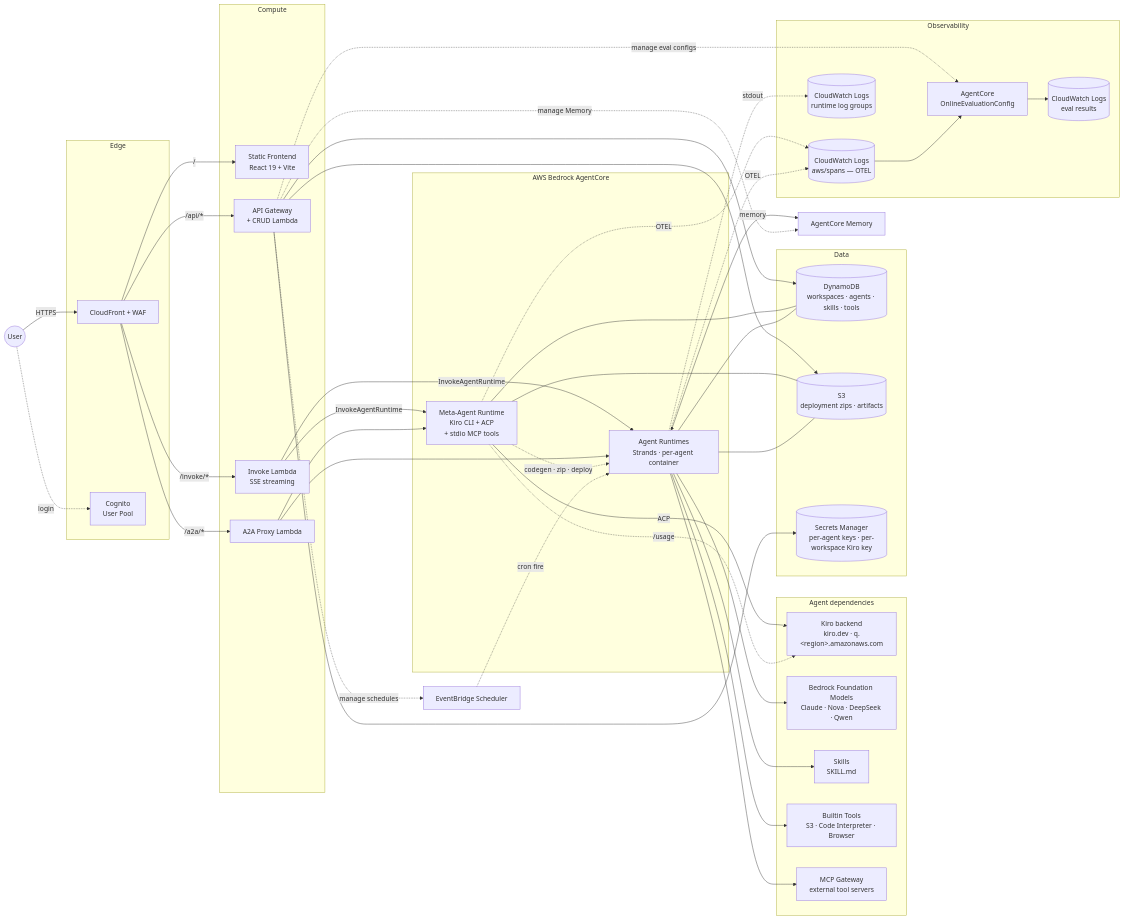
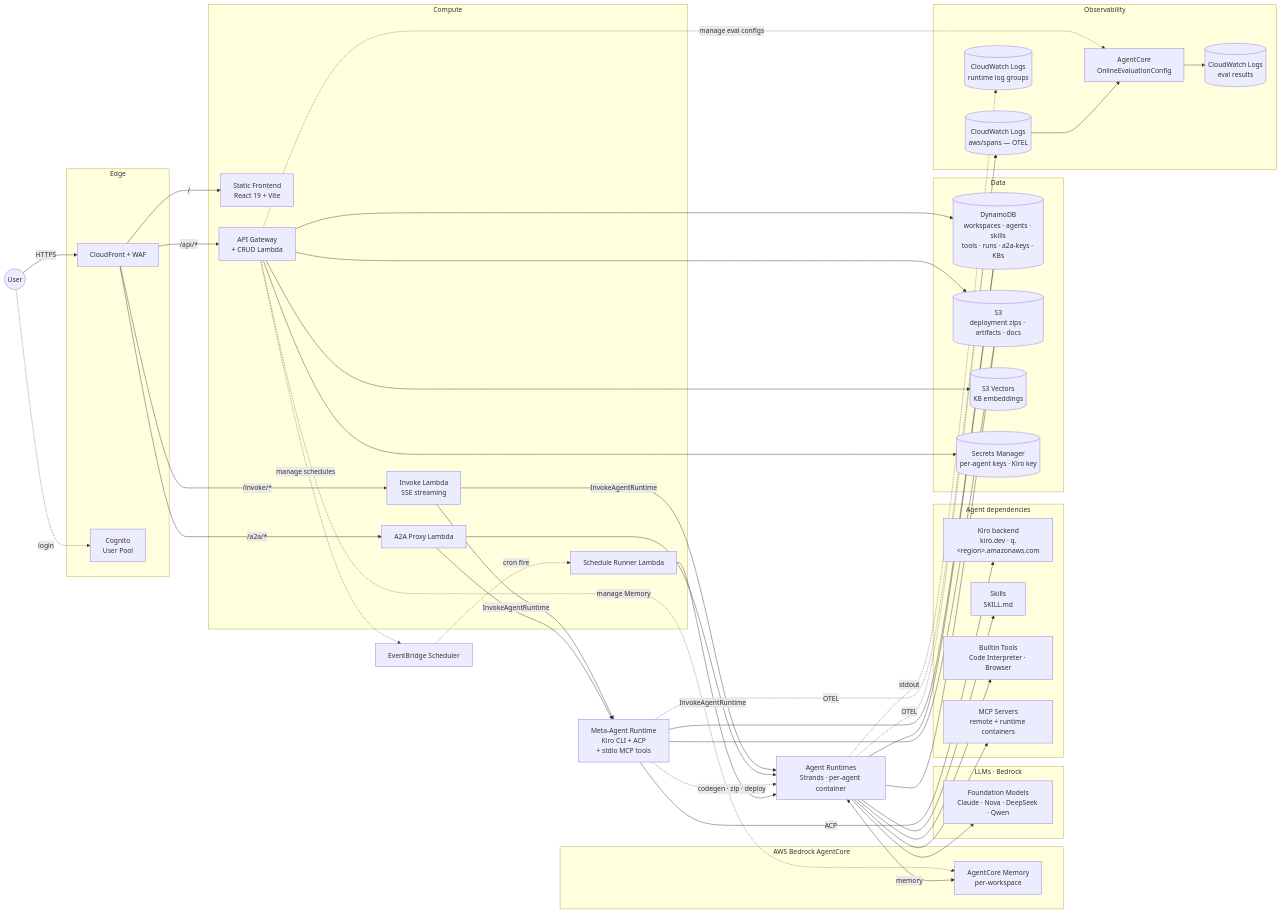
Before and after one commit to ddpie/agent-studio: the second of 2 diagrams in docs/architecture.md, drawn with Mermaid. The commit also changed other lines of this file, not shown here.

First line of the commit message:
docs(arch): rewrite architecture.md with full system audit

```diff
--- a/docs/architecture.md
+++ b/docs/architecture.md
@@ -270,25 +506,31 @@
         API[API Gateway<br/>+ CRUD Lambda]
         Invoke[Invoke Lambda<br/>SSE streaming]
         A2A[A2A Proxy Lambda]
+        SchedRunner[Schedule Runner Lambda]
     end
 
     subgraph AgentCore["AWS Bedrock AgentCore"]
         Meta[Meta-Agent Runtime<br/>Kiro CLI + ACP<br/>+ stdio MCP tools]
         Agents[Agent Runtimes<br/>Strands · per-agent container]
+        Memory[AgentCore Memory<br/>per-workspace]
+    end
+
+    subgraph LLMs["LLMs · Bedrock"]
+        Bedrock[Foundation Models<br/>Claude · Nova · DeepSeek · Qwen]
     end
 
     subgraph Outbound["Agent dependencies"]
         Kiro[Kiro backend<br/>kiro.dev · q.&lt;region&gt;.amazonaws.com]
-        Bedrock[Bedrock Foundation Models<br/>Claude · Nova · DeepSeek · Qwen]
         Skills[Skills<br/>SKILL.md]
-        Tools[Builtin Tools<br/>S3 · Code Interpreter · Browser]
-        MCP[MCP Gateway<br/>external tool servers]
+        Tools[Builtin Tools<br/>Code Interpreter · Browser]
+        MCP[MCP Servers<br/>remote + runtime containers]
     end
 
     subgraph Data
-        DDB[(DynamoDB<br/>workspaces · agents · skills · tools)]
-        S3[(S3<br/>deployment zips · artifacts)]
-        Secrets[(Secrets Manager<br/>per-agent keys · per-workspace Kiro key)]
+        DDB[(DynamoDB<br/>workspaces · agents · skills<br/>tools · runs · a2a-keys · KBs)]
+        S3[(S3<br/>deployment zips · artifacts · docs)]
+        S3V[(S3 Vectors<br/>KB embeddings)]
+        Secrets[(Secrets Manager<br/>per-agent keys · Kiro key)]
     end
 
     subgraph Observability
@@ -310,8 +552,10 @@
     API --> DDB
     API --> S3
     API --> Secrets
+    API --> S3V
     API -.manage schedules.-> EB
     API -.manage eval configs.-> Eval
+    API -.manage Memory.-> Memory
     Invoke -->|InvokeAgentRuntime| Meta
     Invoke -->|InvokeAgentRuntime| Agents
     A2A --> Meta
@@ -321,19 +565,17 @@
     Meta --- DDB
     Meta --- S3
     Meta -->|ACP| Kiro
-    Meta -.-> |/usage| Kiro
 
     Agents --> Bedrock
     Agents --> Skills
     Agents --> Tools
     Agents --> MCP
-    Agents <-->|memory| Memory[AgentCore Memory]
+    Agents <-->|memory| Memory
     Agents --- DDB
     Agents --- S3
 
-    API -.manage Memory.-> Memory
-
-    EB -.cron fire.-> Agents
+    EB -.cron fire.-> SchedRunner
+    SchedRunner -->|InvokeAgentRuntime| Agents
 
     Meta -.OTEL.-> Spans
     Agents -.OTEL.-> Spans
```
